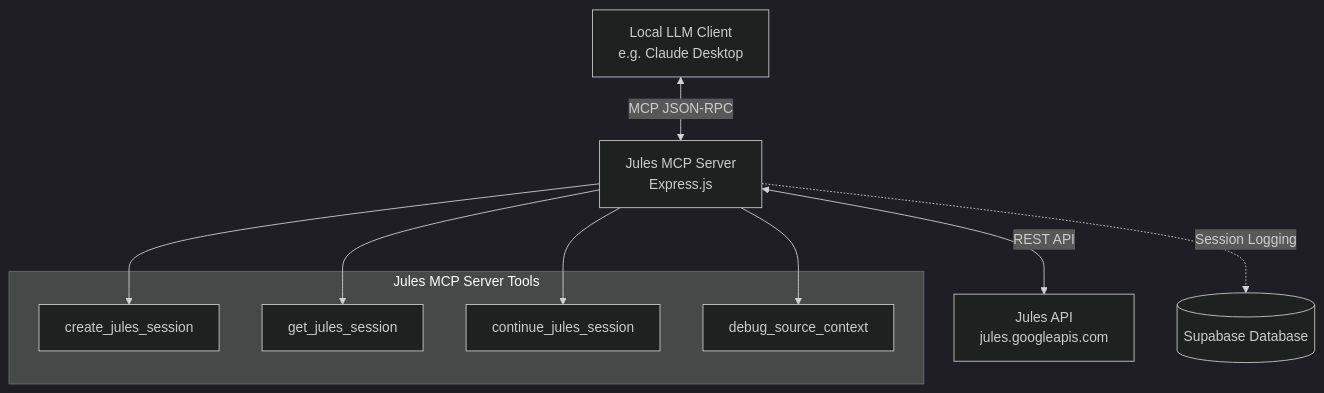
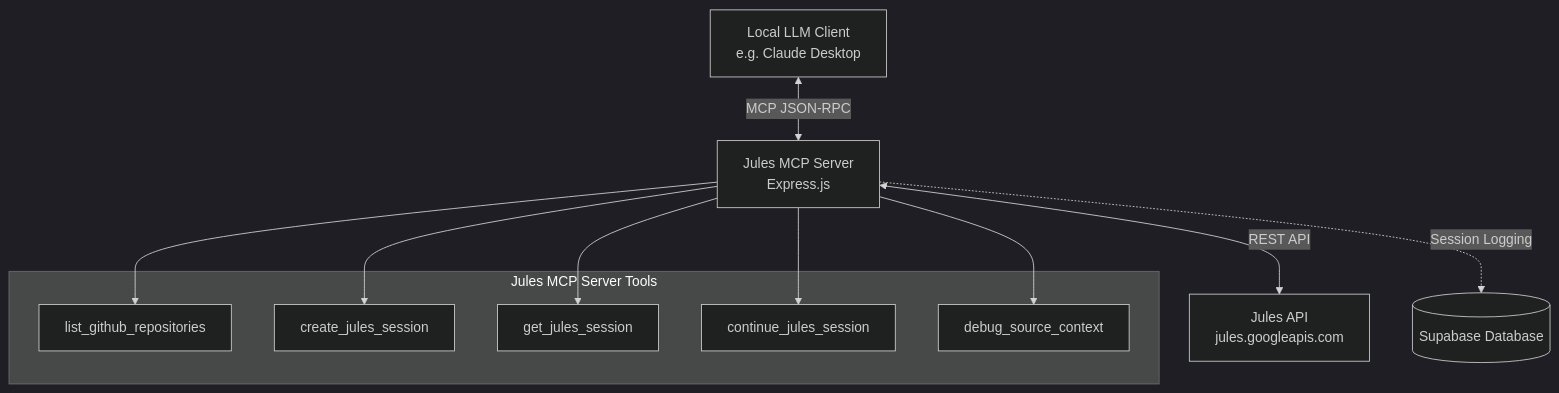
One commit to SpiffyNyanXD/jules-mcp-server changed the diagram in README.md. Above: the diagram before and after it, drawn with Mermaid (dark theme). The commit also changed other lines of this file and 4 other files, not shown here.

````diff
--- a/README.md
+++ b/README.md
@@ -23,17 +23,19 @@
 ```mermaid
 graph TD
     Client[Local LLM Client\ne.g. Claude Desktop] <-->|MCP JSON-RPC| MCPServer[Jules MCP Server\nExpress.js]
     MCPServer <-->|REST API| JulesAPI[Jules API\njules.googleapis.com]
     MCPServer -.->|Session Logging| Supabase[(Supabase Database)]
 
     subgraph "Jules MCP Server Tools"
+        T0[list_github_repositories]
         T1[create_jules_session]
         T2[get_jules_session]
         T3[continue_jules_session]
         T4[debug_source_context]
     end
+    MCPServer --> T0
     MCPServer --> T1
     MCPServer --> T2
     MCPServer --> T3
     MCPServer --> T4
 ```
````
